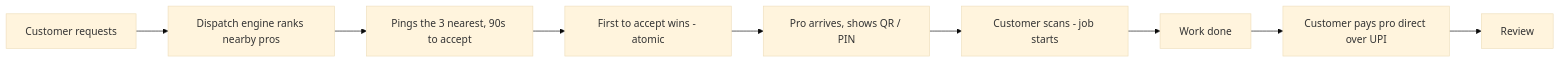
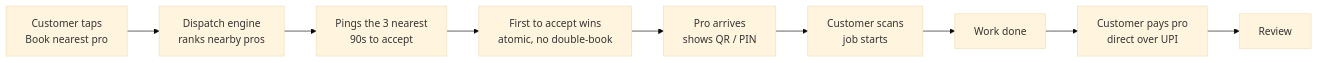
Before and after one commit to kandulanikhilvarma/knock: the first of 2 diagrams in README.md, drawn with Mermaid (base theme). The commit also changed other lines of this file, not shown here.

Commit message:
docs: richer README — dispatch math, state machine, type system

````diff
--- a/README.md
+++ b/README.md
@@ -25,11 +48,11 @@
 ```mermaid
 flowchart LR
-  A[Customer requests] --> B[Dispatch engine ranks nearby pros]
-  B --> C[Pings the 3 nearest, 90s to accept]
-  C --> D[First to accept wins - atomic]
-  D --> E[Pro arrives, shows QR / PIN]
-  E --> F[Customer scans - job starts]
-  F --> G[Work done]
-  G --> H[Customer pays pro direct over UPI]
-  H --> I[Review]
+  A["Customer taps<br/>Book nearest pro"] --> B["Dispatch engine<br/>ranks nearby pros"]
+  B --> C["Pings the 3 nearest<br/>90s to accept"]
+  C --> D["First to accept wins<br/>atomic, no double-book"]
+  D --> E["Pro arrives<br/>shows QR / PIN"]
+  E --> F["Customer scans<br/>job starts"]
+  F --> G["Work done"]
+  G --> H["Customer pays pro<br/>direct over UPI"]
+  H --> I["Review"]
 ```
````
